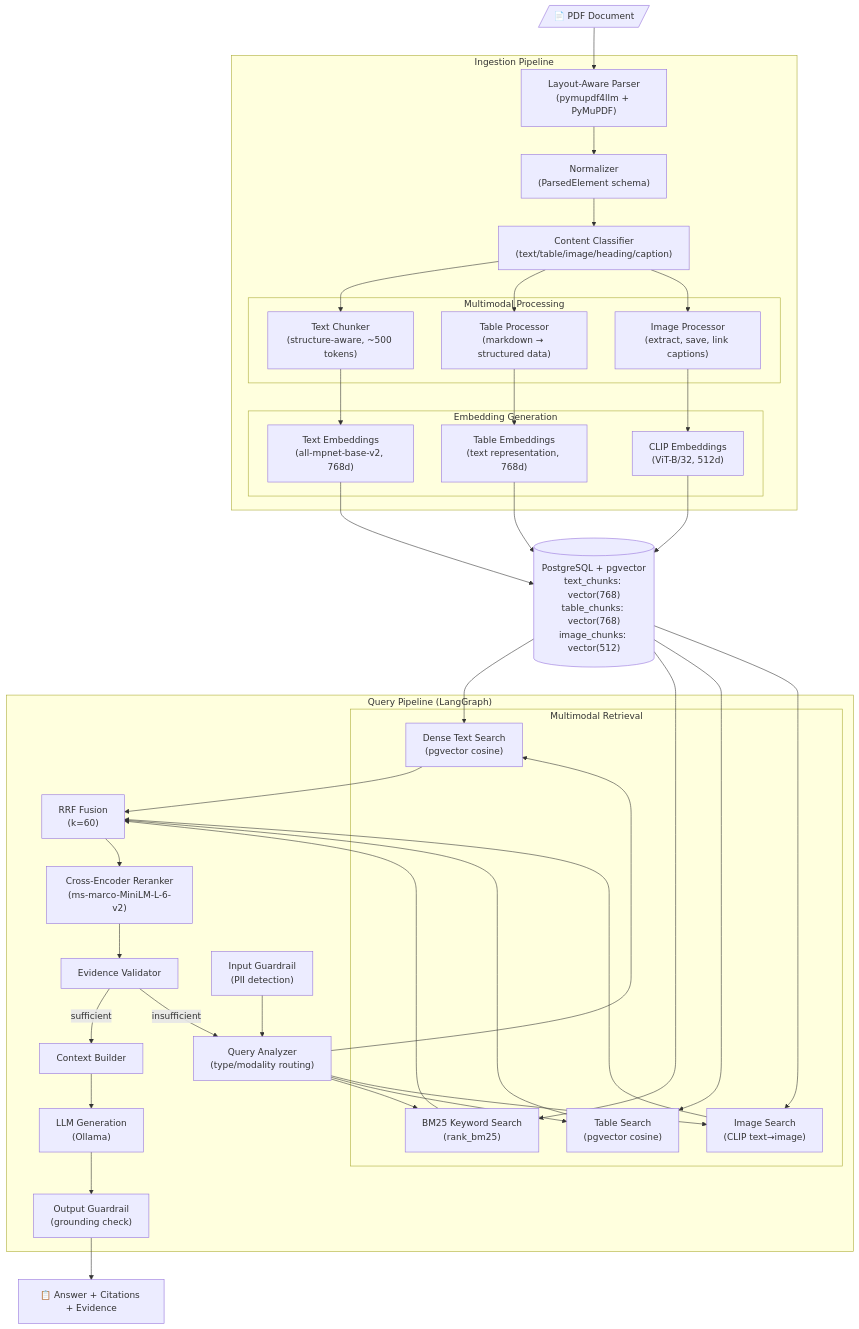
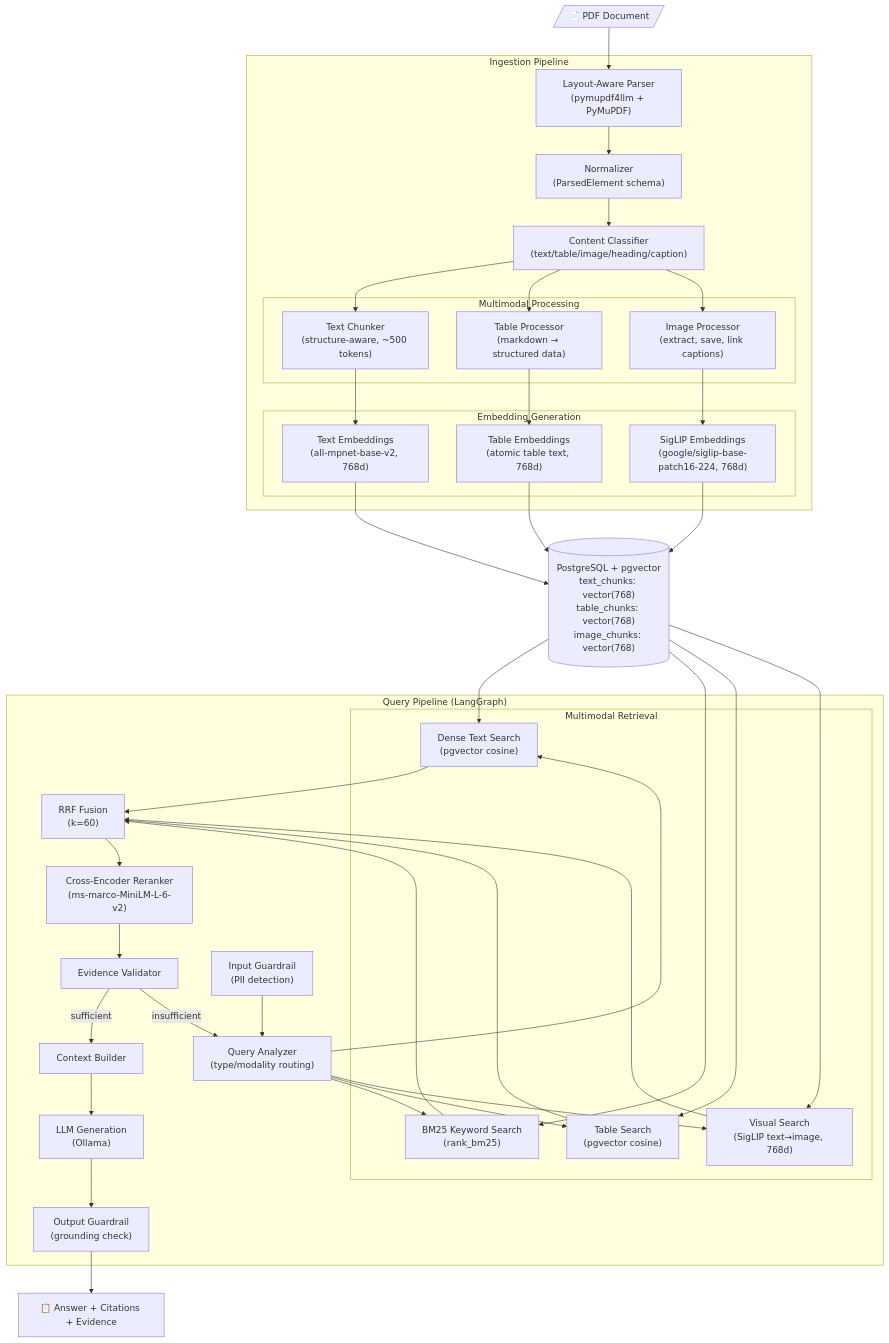
Before and after one commit to Sathvik33/Enverus: the diagram in docs/rag_workflow.mmd, drawn with Mermaid. The commit also changed 3 other files, not shown here.

Commit message:
docs: add comprehensive multimodal RAG architecture workflow to README

```diff
--- a/docs/rag_workflow.mmd
+++ b/docs/rag_workflow.mmd
@@ -1,71 +1,71 @@
 graph TD
     PDF[/"📄 PDF Document"/]
 
     subgraph INGESTION["Ingestion Pipeline"]
         PARSE["Layout-Aware Parser<br/>(pymupdf4llm + PyMuPDF)"]
         NORM["Normalizer<br/>(ParsedElement schema)"]
         CLASSIFY["Content Classifier<br/>(text/table/image/heading/caption)"]
 
         subgraph PROCESSING["Multimodal Processing"]
             TEXT_PROC["Text Chunker<br/>(structure-aware, ~500 tokens)"]
             TABLE_PROC["Table Processor<br/>(markdown → structured data)"]
             IMAGE_PROC["Image Processor<br/>(extract, save, link captions)"]
         end
 
         subgraph EMBEDDING["Embedding Generation"]
             TEXT_EMB["Text Embeddings<br/>(all-mpnet-base-v2, 768d)"]
-            TABLE_EMB["Table Embeddings<br/>(text representation, 768d)"]
-            IMAGE_EMB["CLIP Embeddings<br/>(ViT-B/32, 512d)"]
+            TABLE_EMB["Table Embeddings<br/>(atomic table text, 768d)"]
+            IMAGE_EMB["SigLIP Embeddings<br/>(google/siglip-base-patch16-224, 768d)"]
         end
     end
 
-    DB[("PostgreSQL + pgvector<br/>text_chunks: vector(768)<br/>table_chunks: vector(768)<br/>image_chunks: vector(512)")]
+    DB[("PostgreSQL + pgvector<br/>text_chunks: vector(768)<br/>table_chunks: vector(768)<br/>image_chunks: vector(768)")]
 
     subgraph QUERY["Query Pipeline (LangGraph)"]
         INPUT_GUARD["Input Guardrail<br/>(PII detection)"]
         QUERY_ANAL["Query Analyzer<br/>(type/modality routing)"]
 
         subgraph RETRIEVAL["Multimodal Retrieval"]
             DENSE["Dense Text Search<br/>(pgvector cosine)"]
             BM25["BM25 Keyword Search<br/>(rank_bm25)"]
             TABLE_SEARCH["Table Search<br/>(pgvector cosine)"]
-            IMAGE_SEARCH["Image Search<br/>(CLIP text→image)"]
+            IMAGE_SEARCH["Visual Search<br/>(SigLIP text→image, 768d)"]
         end
 
         RRF["RRF Fusion<br/>(k=60)"]
         RERANK["Cross-Encoder Reranker<br/>(ms-marco-MiniLM-L-6-v2)"]
         EVIDENCE["Evidence Validator"]
         CONTEXT["Context Builder"]
         LLM["LLM Generation<br/>(Ollama)"]
         OUTPUT_GUARD["Output Guardrail<br/>(grounding check)"]
     end
 
     ANSWER["📋 Answer + Citations + Evidence"]
 
     PDF --> PARSE --> NORM --> CLASSIFY
     CLASSIFY --> TEXT_PROC --> TEXT_EMB
     CLASSIFY --> TABLE_PROC --> TABLE_EMB
     CLASSIFY --> IMAGE_PROC --> IMAGE_EMB
     TEXT_EMB --> DB
     TABLE_EMB --> DB
     IMAGE_EMB --> DB
 
     DB --> DENSE
     DB --> BM25
     DB --> TABLE_SEARCH
     DB --> IMAGE_SEARCH
 
     INPUT_GUARD --> QUERY_ANAL
     QUERY_ANAL --> DENSE
     QUERY_ANAL --> BM25
     QUERY_ANAL --> TABLE_SEARCH
     QUERY_ANAL --> IMAGE_SEARCH
 
     DENSE --> RRF
     BM25 --> RRF
     TABLE_SEARCH --> RRF
     IMAGE_SEARCH --> RRF
 
     RRF --> RERANK --> EVIDENCE
     EVIDENCE -->|sufficient| CONTEXT --> LLM --> OUTPUT_GUARD --> ANSWER
     EVIDENCE -->|insufficient| QUERY_ANAL
```
